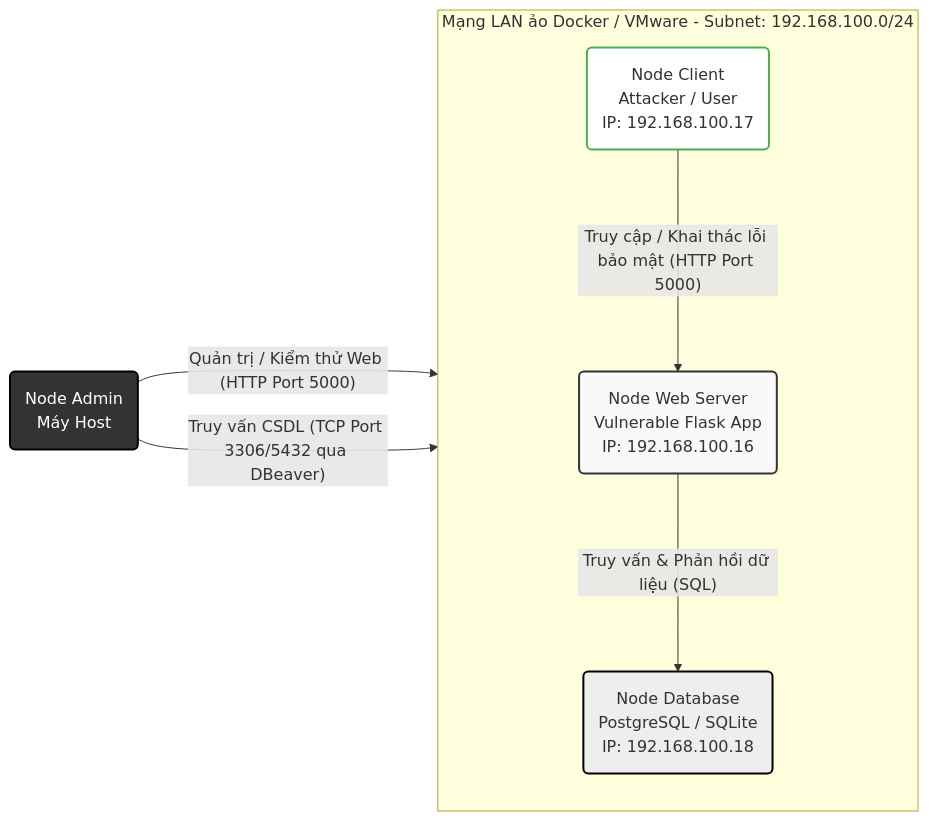
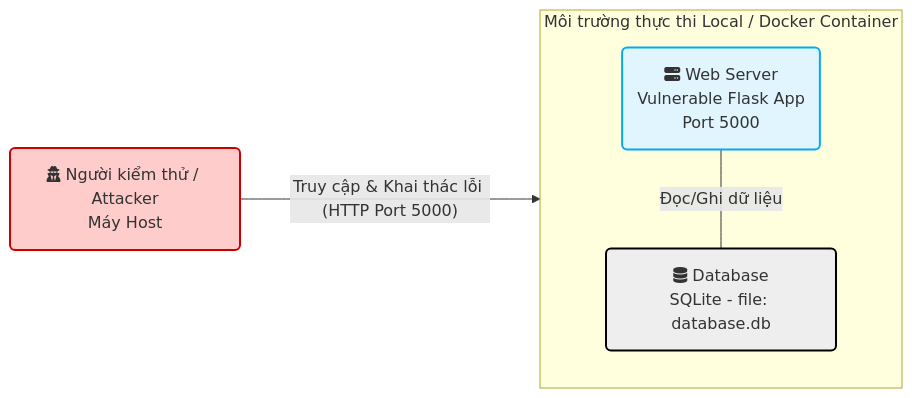
Before and after one commit to NguyenViet-281205/Web-Security-Learning: the diagram in README.md, drawn with Mermaid.

````diff
--- a/README.md
+++ b/README.md
@@ -1,30 +1,20 @@
 ```mermaid
 flowchart LR
-    %% Định nghĩa các Style 
-    classDef admin fill:#333,color:#fff,stroke:#000,stroke-width:2px;
-    classDef node fill:#fff,stroke:#4CAF50,stroke-width:2px;
-    classDef server fill:#f9f9f9,stroke:#333,stroke-width:2px;
-    classDef db fill:#eee,stroke:#000,stroke-width:2px;
+    %% Định nghĩa các Style
+    classDef tester fill:#ffcccc,stroke:#cc0000,stroke-width:2px,border-radius:5px;
+    classDef environment fill:#f9f9f9,stroke:#333,stroke-width:2px,border-radius:10px,stroke-dasharray: 5 5;
+    classDef app fill:#e1f5fe,stroke:#03a9f4,stroke-width:2px,border-radius:10px;
+    classDef db fill:#eee,stroke:#000,stroke-width:2px,border-radius:10px;
 
-    %% Node Admin nằm ngoài subnet ảo (thường là máy Host)
-    Admin(Node Admin<br/>Máy Host) 
+    Tester(fa:fa-user-secret Người kiểm thử / Attacker<br/>Máy Host):::tester
 
-    subgraph LAN [Mạng LAN ảo Docker / VMware - Subnet: 192.168.100.0/24]
+    subgraph Env [Môi trường thực thi Local / Docker Container]
         direction TB
+        WebApp(fa:fa-server Web Server<br/>Vulnerable Flask App<br/>Port 5000):::app
+        Database(fa:fa-database Database<br/>SQLite - file: database.db):::db
         
-        Client(Node Client<br/>Attacker / User<br/>IP: 192.168.100.17):::node
-        
-        WebServer(Node Web Server<br/>Vulnerable Flask App<br/>IP: 192.168.100.16):::server
-        
-        Database(Node Database<br/>PostgreSQL / SQLite<br/>IP: 192.168.100.18):::db
+        WebApp -- "Đọc/Ghi dữ liệu" --- Database
     end
 
-    %% Các luồng dữ liệu 
-    Client -- "Truy cập / Khai thác lỗi bảo mật (HTTP Port 5000)" ---> WebServer
-    Admin -- "Quản trị / Kiểm thử Web (HTTP Port 5000)" ---> WebServer
-    Admin -- "Truy vấn CSDL (TCP Port 3306/5432 qua DBeaver)" ---> Database
-    WebServer -- "Truy vấn & Phản hồi dữ liệu (SQL)" ---> Database
-
-    %% Gán class cho Admin
-    class Admin admin
+    Tester -- "Truy cập & Khai thác lỗi (HTTP Port 5000)" ---> WebApp
 ```
````
